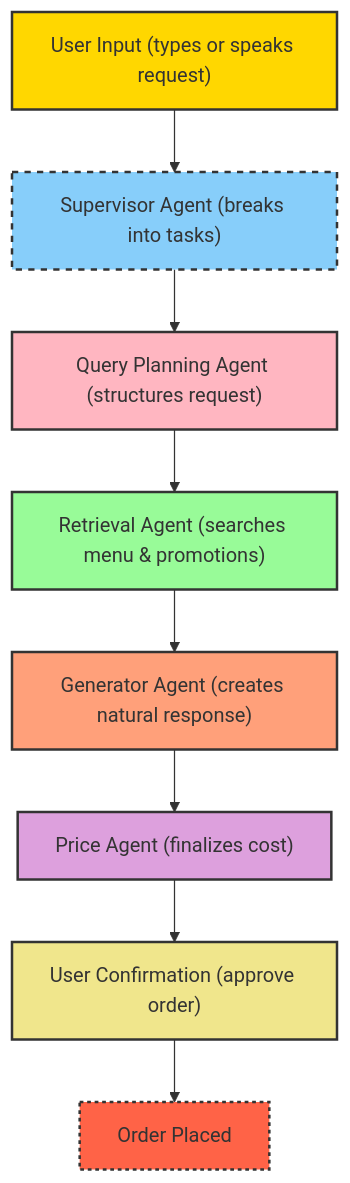
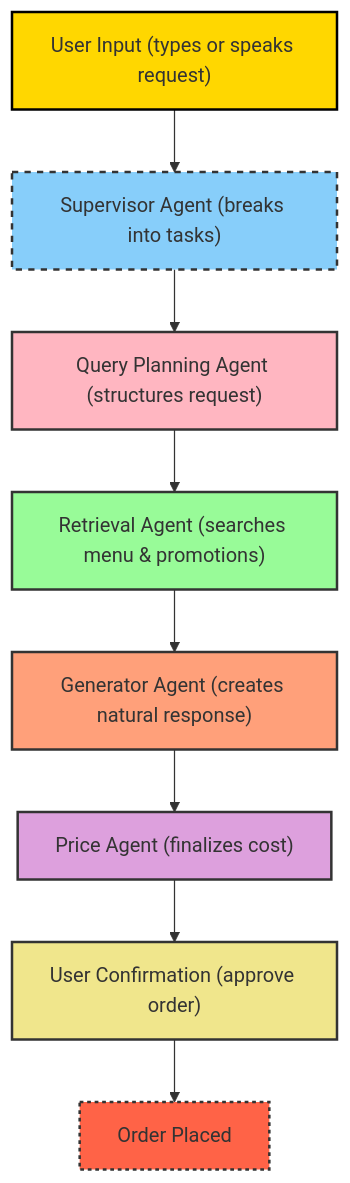
One commit to TReV-89/food_ordering_agent_glovo changed the diagram in Project_Details.md. Above: the diagram before and after it, drawn with Mermaid. The commit also changed other lines of this file, not shown here.

````diff
--- a/Project_Details.md
+++ b/Project_Details.md
@@ -108,20 +108,20 @@
 ```mermaid
 flowchart TD
-    style U fill:#FFD700,stroke:#333,stroke-width:2px
+    style U fill:#FFD700,stroke:#000000,stroke-width:2px
     style S fill:#87CEFA,stroke:#333,stroke-width:2px,stroke-dasharray: 5 5
     style Q fill:#FFB6C1,stroke:#333,stroke-width:2px
     style R fill:#98FB98,stroke:#333,stroke-width:2px
     style G fill:#FFA07A,stroke:#333,stroke-width:2px
     style P fill:#DDA0DD,stroke:#333,stroke-width:2px
     style C fill:#F0E68C,stroke:#333,stroke-width:2px
     style O fill:#FF6347,stroke:#333,stroke-width:2px,stroke-dasharray: 3 3
 
     U["User Input (types or speaks request)"] --> S["Supervisor Agent (breaks into tasks)"]
     S --> Q["Query Planning Agent (structures request)"]
     Q --> R["Retrieval Agent (searches menu & promotions)"]
     R --> G["Generator Agent (creates natural response)"]
     G --> P["Price Agent (finalizes cost)"]
     P --> C["User Confirmation (approve order)"]
     C --> O["Order Placed"]
 
 ```
````
